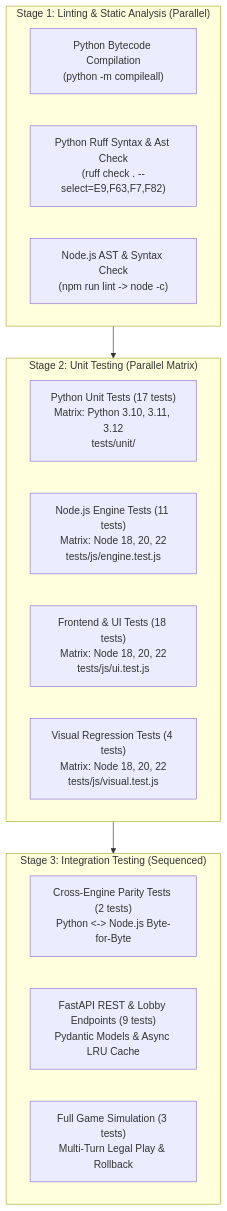
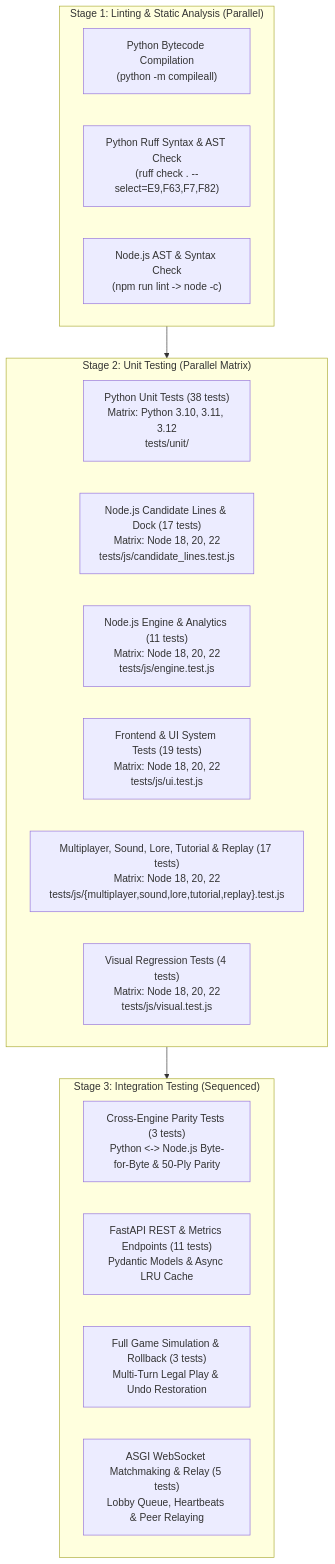
The diagram in TESTS.md (kshtomar/TigersDay), drawn with Mermaid before and after one commit. The commit also changed other lines of this file and 2 other files, not shown here.

Commit message:
docs: synchronize README, TESTS catalog, and roadmap with 128 automated tests and bottom dock architecture

````diff
--- a/TESTS.md
+++ b/TESTS.md
@@ -11,24 +11,27 @@
 ```mermaid
 flowchart TD
     subgraph Stage1["Stage 1: Linting & Static Analysis (Parallel)"]
         L1["Python Bytecode Compilation<br/>(python -m compileall)"]
-        L2["Python Ruff Syntax & Ast Check<br/>(ruff check . --select=E9,F63,F7,F82)"]
+        L2["Python Ruff Syntax & AST Check<br/>(ruff check . --select=E9,F63,F7,F82)"]
         L3["Node.js AST & Syntax Check<br/>(npm run lint -> node -c)"]
     end
 
     subgraph Stage2["Stage 2: Unit Testing (Parallel Matrix)"]
-        U1["Python Unit Tests (17 tests)<br/>Matrix: Python 3.10, 3.11, 3.12<br/>tests/unit/"]
-        U2["Node.js Engine Tests (11 tests)<br/>Matrix: Node 18, 20, 22<br/>tests/js/engine.test.js"]
-        U3["Frontend & UI Tests (18 tests)<br/>Matrix: Node 18, 20, 22<br/>tests/js/ui.test.js"]
-        U4["Visual Regression Tests (4 tests)<br/>Matrix: Node 18, 20, 22<br/>tests/js/visual.test.js"]
+        U1["Python Unit Tests (38 tests)<br/>Matrix: Python 3.10, 3.11, 3.12<br/>tests/unit/"]
+        U2["Node.js Candidate Lines & Dock (17 tests)<br/>Matrix: Node 18, 20, 22<br/>tests/js/candidate_lines.test.js"]
+        U3["Node.js Engine & Analytics (11 tests)<br/>Matrix: Node 18, 20, 22<br/>tests/js/engine.test.js"]
+        U4["Frontend & UI System Tests (19 tests)<br/>Matrix: Node 18, 20, 22<br/>tests/js/ui.test.js"]
+        U5["Multiplayer, Sound, Lore, Tutorial & Replay (17 tests)<br/>Matrix: Node 18, 20, 22<br/>tests/js/{multiplayer,sound,lore,tutorial,replay}.test.js"]
+        U6["Visual Regression Tests (4 tests)<br/>Matrix: Node 18, 20, 22<br/>tests/js/visual.test.js"]
     end
 
     subgraph Stage3["Stage 3: Integration Testing (Sequenced)"]
-        I1["Cross-Engine Parity Tests (2 tests)<br/>Python <-> Node.js Byte-for-Byte"]
-        I2["FastAPI REST & Lobby Endpoints (9 tests)<br/>Pydantic Models & Async LRU Cache"]
-        I3["Full Game Simulation (3 tests)<br/>Multi-Turn Legal Play & Rollback"]
+        I1["Cross-Engine Parity Tests (3 tests)<br/>Python <-> Node.js Byte-for-Byte & 50-Ply Parity"]
+        I2["FastAPI REST & Metrics Endpoints (11 tests)<br/>Pydantic Models & Async LRU Cache"]
+        I3["Full Game Simulation & Rollback (3 tests)<br/>Multi-Turn Legal Play & Undo Restoration"]
+        I4["ASGI WebSocket Matchmaking & Relay (5 tests)<br/>Lobby Queue, Heartbeats & Peer Relaying"]
     end
 
     Stage1 --> Stage2
     Stage2 --> Stage3
 ```
````
